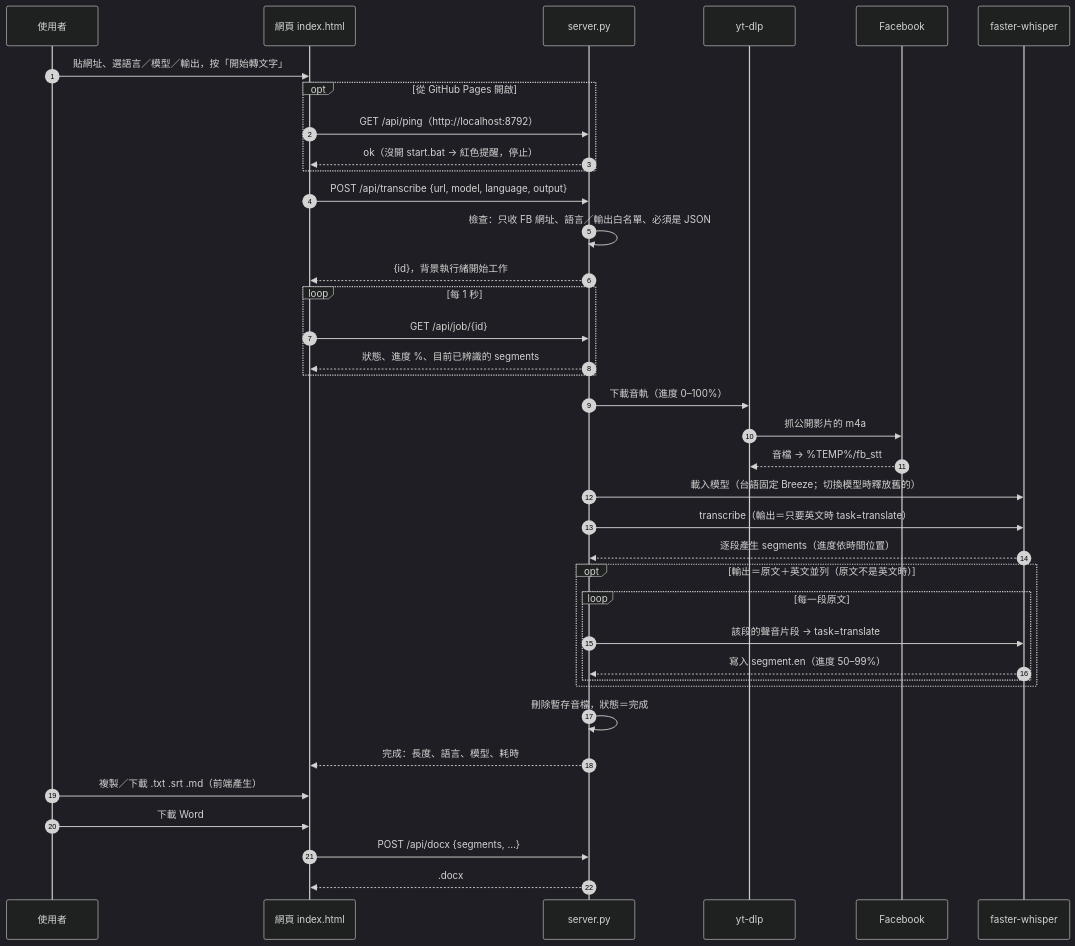
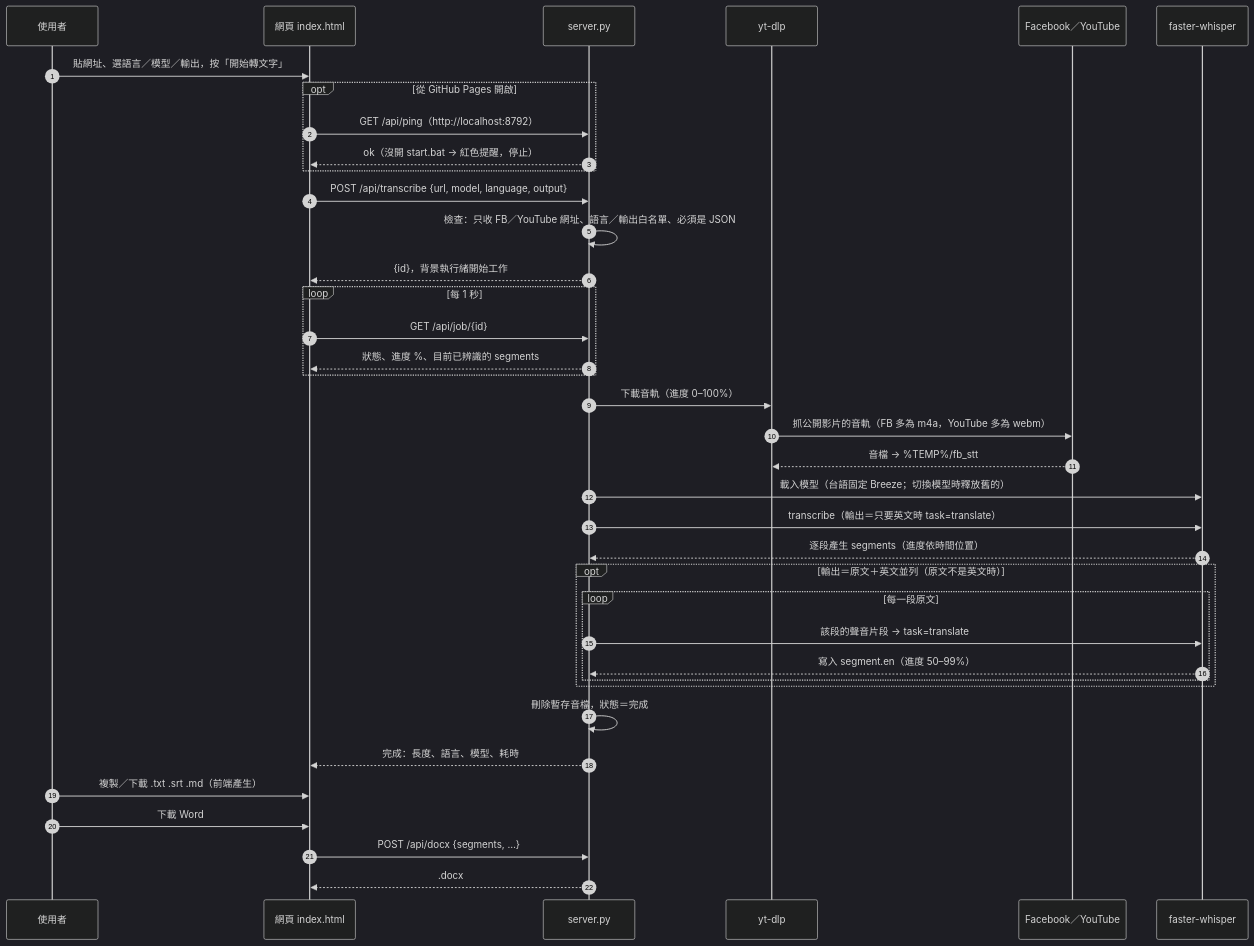
One commit to SinLiongToo/fb-video-stt changed the second of 3 diagrams in README.md. Above: the diagram before and after it, drawn with Mermaid (dark theme). The commit also changed other lines of this file and 7 other files, not shown here.

First line of the commit message:
v1.7：支援 YouTube 影片／Shorts；README 說明沒有用到 LLM

````diff
--- a/README.md
+++ b/README.md
@@ -122,41 +122,41 @@
 ```mermaid
 sequenceDiagram
     autonumber
     participant U as 使用者
     participant P as 網頁 index.html
     participant S as server.py
     participant Y as yt-dlp
-    participant F as Facebook
+    participant F as Facebook／YouTube
     participant W as faster-whisper
 
     U->>P: 貼網址、選語言／模型／輸出，按「開始轉文字」
     opt 從 GitHub Pages 開啟
         P->>S: GET /api/ping（http://localhost:8792）
         S-->>P: ok（沒開 start.bat → 紅色提醒，停止）
     end
     P->>S: POST /api/transcribe {url, model, language, output}
-    S->>S: 檢查：只收 FB 網址、語言／輸出白名單、必須是 JSON
+    S->>S: 檢查：只收 FB／YouTube 網址、語言／輸出白名單、必須是 JSON
     S-->>P: {id}，背景執行緒開始工作
     loop 每 1 秒
         P->>S: GET /api/job/{id}
         S-->>P: 狀態、進度 %、目前已辨識的 segments
     end
     S->>Y: 下載音軌（進度 0–100%）
-    Y->>F: 抓公開影片的 m4a
+    Y->>F: 抓公開影片的音軌（FB 多為 m4a，YouTube 多為 webm）
     F-->>Y: 音檔 → %TEMP%/fb_stt
     S->>W: 載入模型（台語固定 Breeze；切換模型時釋放舊的）
     S->>W: transcribe（輸出＝只要英文時 task=translate）
     W-->>S: 逐段產生 segments（進度依時間位置）
     opt 輸出＝原文＋英文並列（原文不是英文時）
         loop 每一段原文
             S->>W: 該段的聲音片段 → task=translate
             W-->>S: 寫入 segment.en（進度 50–99%）
         end
     end
     S->>S: 刪除暫存音檔，狀態＝完成
     S-->>P: 完成：長度、語言、模型、耗時
     U->>P: 複製／下載 .txt .srt .md（前端產生）
     U->>P: 下載 Word
     P->>S: POST /api/docx {segments, …}
     S-->>P: .docx
 ```
````
